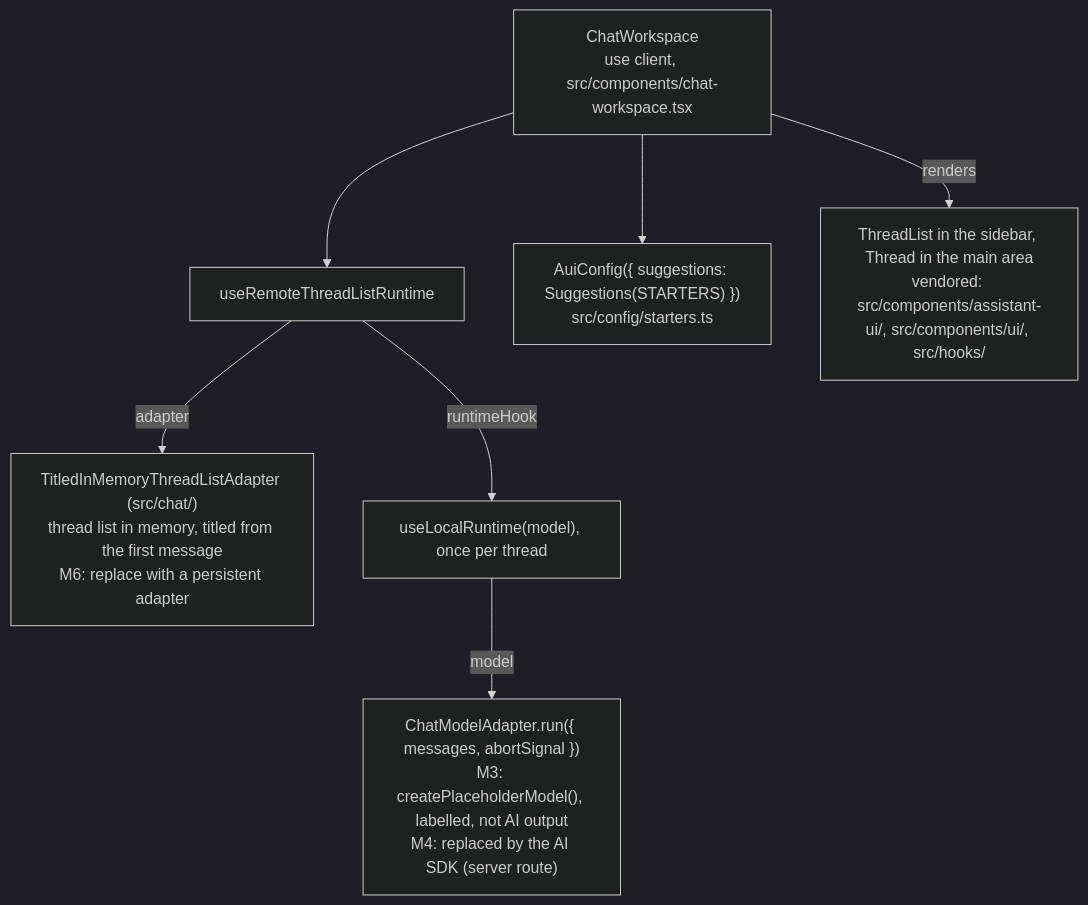
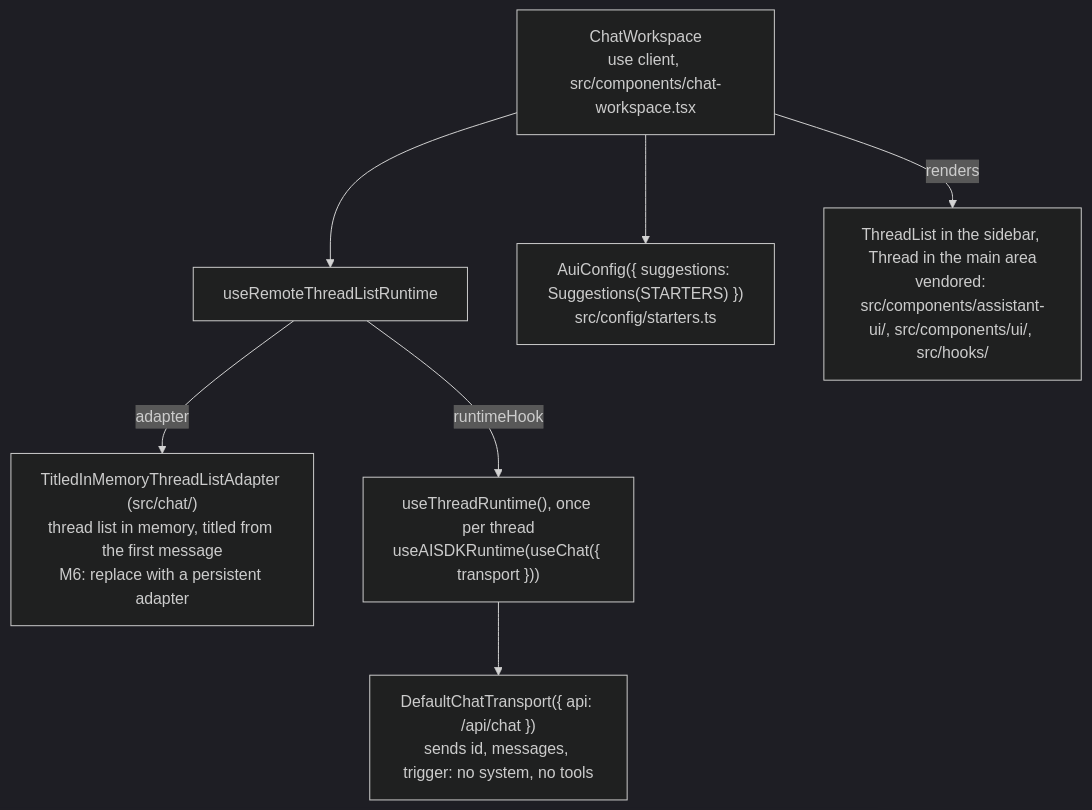
One commit to promptfolios/promptfolio changed the fourth of 5 diagrams in docs/ARCHITECTURE.md. Above: the diagram before and after it, drawn with Mermaid (dark theme). The commit also changed other lines of this file and 5 other files, not shown here.

First line of the commit message:
docs: document the M4 chat route and accept ADR 0003

````diff
--- a/docs/ARCHITECTURE.md
+++ b/docs/ARCHITECTURE.md
@@ -84,17 +134,17 @@
 ```mermaid
 flowchart TD
     ws["ChatWorkspace<br/>use client, src/components/chat-workspace.tsx"]
     list["useRemoteThreadListRuntime"]
     adapter["TitledInMemoryThreadListAdapter (src/chat/)<br/>thread list in memory, titled from the first message<br/>M6: replace with a persistent adapter"]
-    local["useLocalRuntime(model), once per thread"]
-    model["ChatModelAdapter.run({ messages, abortSignal })<br/>M3: createPlaceholderModel(), labelled, not AI output<br/>M4: replaced by the AI SDK (server route)"]
+    thread["useThreadRuntime(), once per thread<br/>useAISDKRuntime(useChat({ transport }))"]
+    transport["DefaultChatTransport({ api: /api/chat })<br/>sends id, messages, trigger: no system, no tools"]
     config["AuiConfig({ suggestions: Suggestions(STARTERS) })<br/>src/config/starters.ts"]
     ui["ThreadList in the sidebar, Thread in the main area<br/>vendored: src/components/assistant-ui/, src/components/ui/, src/hooks/"]
 
     ws --> list
     list -- adapter --> adapter
-    list -- runtimeHook --> local
-    local -- model --> model
+    list -- runtimeHook --> thread
+    thread --> transport
     ws --> config
     ws -- renders --> ui
 ```
````
